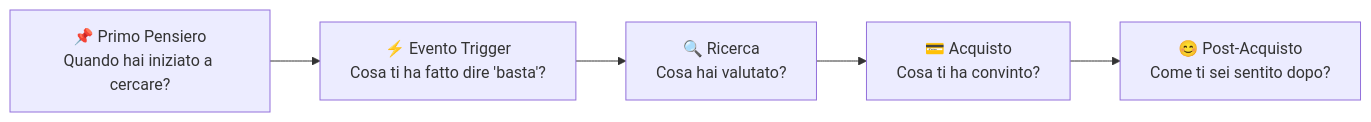
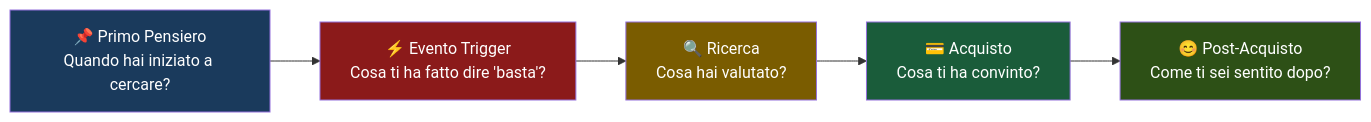
Before and after one commit to AndreyBertasini/gynnitech: the second of 2 diagrams in src/content/corso/data-collection/jtbd.mdx, drawn with Mermaid. The commit also changed other lines of this file and 21 other files, not shown here.

First line of the commit message:
style: applica color scheme semantico a tutti i diagrammi Mermaid del corso

````diff
--- a/src/content/corso/data-collection/jtbd.mdx
+++ b/src/content/corso/data-collection/jtbd.mdx
@@ -172,8 +178,13 @@
 ```mermaid
 graph LR
-    A["📌 Primo Pensiero<br>Quando hai iniziato a cercare?"] 
+    A["📌 Primo Pensiero<br>Quando hai iniziato a cercare?"]
     --> B["⚡ Evento Trigger<br>Cosa ti ha fatto dire 'basta'?"]
     --> C["🔍 Ricerca<br>Cosa hai valutato?"]
     --> D["💳 Acquisto<br>Cosa ti ha convinto?"]
     --> E["😊 Post-Acquisto<br>Come ti sei sentito dopo?"]
+    style A fill:#1a3a5c,color:#ffffff
+    style B fill:#8b1a1a,color:#ffffff
+    style C fill:#7a5c00,color:#ffffff
+    style D fill:#1a5c3a,color:#ffffff
+    style E fill:#2d5016,color:#ffffff
 ```
````
